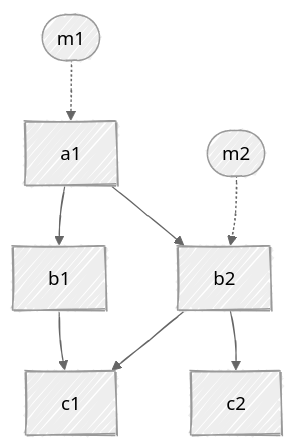
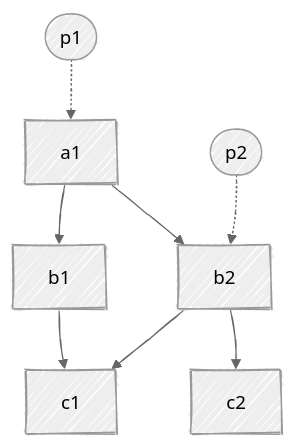
The third of 7 diagrams in geps/gep-713/index.md (kubernetes-sigs/gateway-api), drawn with Mermaid before and after one commit. The commit also changed other lines of this file, not shown here.

Commit message:
Preferring 'Policy' over 'Metaresource' when prescribing rules/schema/etc in the spec

````diff
--- a/geps/gep-713/index.md
+++ b/geps/gep-713/index.md
@@ -575,24 +584,24 @@
 ```mermaid
 ---
 config:
   look: handDrawn
   theme: neutral
 ---
 graph
     a1@{ shape: rect }
     b1@{ shape: rect }
     b2@{ shape: rect }
     c1@{ shape: rect }
     c2@{ shape: rect }
-    m1@{ shape: stadium }
-    m2@{ shape: stadium }
+    p1@{ shape: stadium }
+    p2@{ shape: stadium }
 
     a1 --> b1
     a1 --> b2
     b1 --> c1
     b2 --> c1
     b2 --> c2
 
-    m1 -.-> a1
-    m2 -.-> b2
+    p1 -.-> a1
+    p2 -.-> b2
 ```
````
